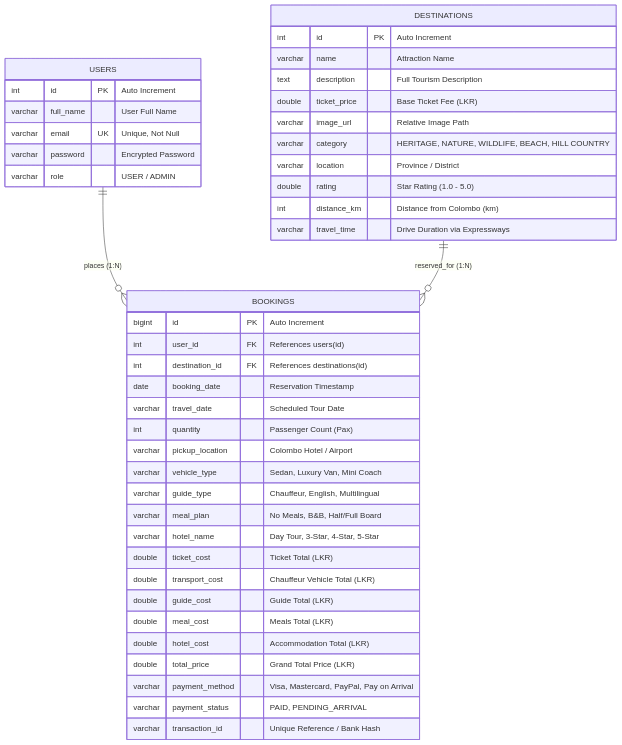
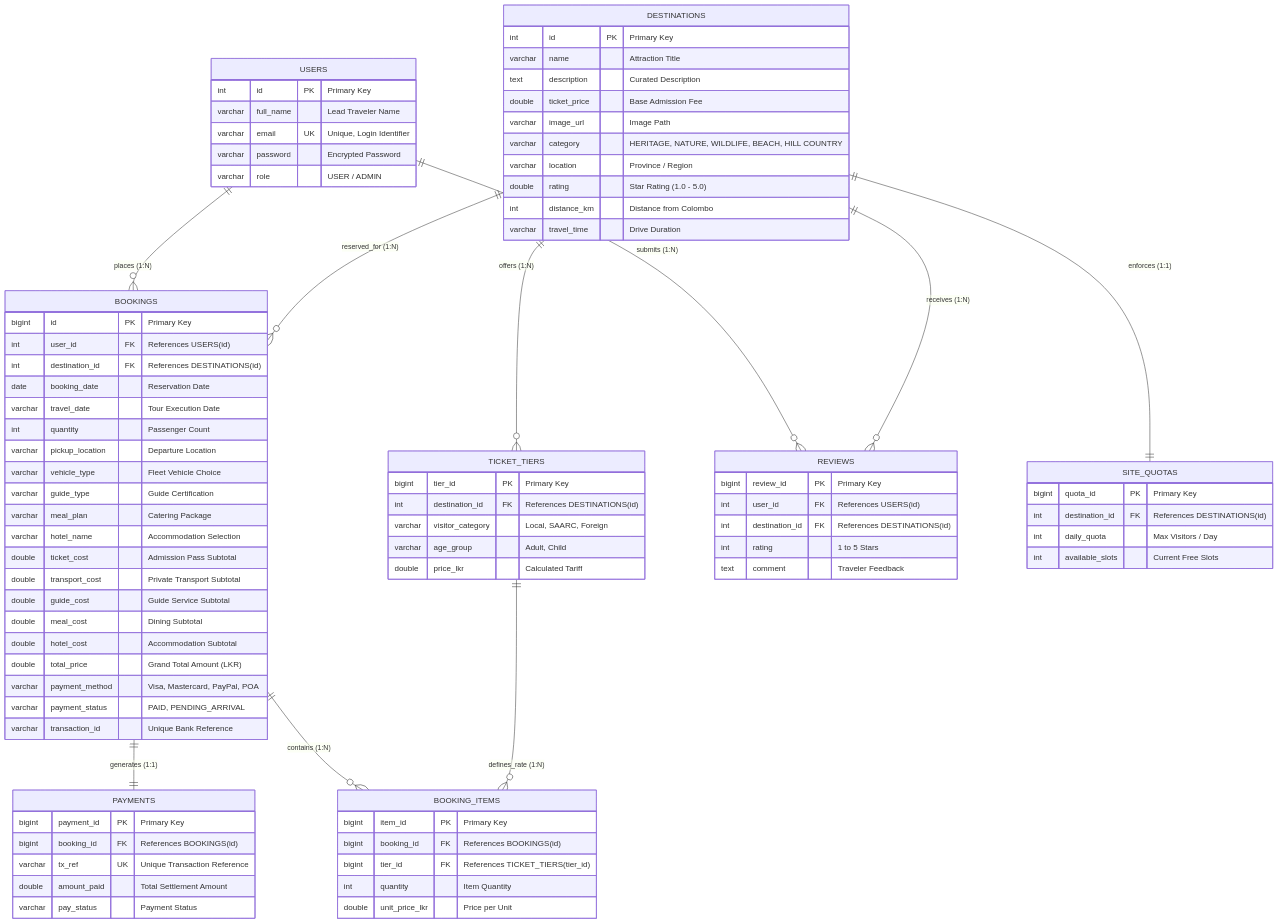
Before and after one commit to ishanichathurika298-byte/LankaScape-Tourism-Project: the diagram in README.md, drawn with Mermaid. The commit also changed other lines of this file, not shown here.

Commit message:
Add complete 8-table ER diagram blueprint and detailed schema tables to README

````diff
--- a/README.md
+++ b/README.md
@@ -97,48 +147,94 @@
 erDiagram
     USERS ||--o{ BOOKINGS : "places (1:N)"
     DESTINATIONS ||--o{ BOOKINGS : "reserved_for (1:N)"
+    BOOKINGS ||--|| PAYMENTS : "generates (1:1)"
+    BOOKINGS ||--o{ BOOKING_ITEMS : "contains (1:N)"
+    TICKET_TIERS ||--o{ BOOKING_ITEMS : "defines_rate (1:N)"
+    DESTINATIONS ||--o{ TICKET_TIERS : "offers (1:N)"
+    USERS ||--o{ REVIEWS : "submits (1:N)"
+    DESTINATIONS ||--o{ REVIEWS : "receives (1:N)"
+    DESTINATIONS ||--|| SITE_QUOTAS : "enforces (1:1)"
 
     USERS {
-        int id PK "Auto Increment"
-        varchar full_name "User Full Name"
-        varchar email UK "Unique, Not Null"
+        int id PK "Primary Key"
+        varchar full_name "Lead Traveler Name"
+        varchar email UK "Unique, Login Identifier"
         varchar password "Encrypted Password"
         varchar role "USER / ADMIN"
     }
 
     DESTINATIONS {
-        int id PK "Auto Increment"
-        varchar name "Attraction Name"
-        text description "Full Tourism Description"
-        double ticket_price "Base Ticket Fee (LKR)"
-        varchar image_url "Relative Image Path"
+        int id PK "Primary Key"
+        varchar name "Attraction Title"
+        text description "Curated Description"
+        double ticket_price "Base Admission Fee"
+        varchar image_url "Image Path"
         varchar category "HERITAGE, NATURE, WILDLIFE, BEACH, HILL COUNTRY"
-        varchar location "Province / District"
+        varchar location "Province / Region"
         double rating "Star Rating (1.0 - 5.0)"
-        int distance_km "Distance from Colombo (km)"
-        varchar travel_time "Drive Duration via Expressways"
+        int distance_km "Distance from Colombo"
+        varchar travel_time "Drive Duration"
     }
 
     BOOKINGS {
-        bigint id PK "Auto Increment"
-        int user_id FK "References users(id)"
-        int destination_id FK "References destinations(id)"
-        date booking_date "Reservation Timestamp"
-        varchar travel_date "Scheduled Tour Date"
-        int quantity "Passenger Count (Pax)"
-        varchar pickup_location "Colombo Hotel / Airport"
-        varchar vehicle_type "Sedan, Luxury Van, Mini Coach"
-        varchar guide_type "Chauffeur, English, Multilingual"
-        varchar meal_plan "No Meals, B&B, Half/Full Board"
-        varchar hotel_name "Day Tour, 3-Star, 4-Star, 5-Star"
-        double ticket_cost "Ticket Total (LKR)"
-        double transport_cost "Chauffeur Vehicle Total (LKR)"
-        double guide_cost "Guide Total (LKR)"
-        double meal_cost "Meals Total (LKR)"
-        double hotel_cost "Accommodation Total (LKR)"
-        double total_price "Grand Total Price (LKR)"
-        varchar payment_method "Visa, Mastercard, PayPal, Pay on Arrival"
+        bigint id PK "Primary Key"
+        int user_id FK "References USERS(id)"
+        int destination_id FK "References DESTINATIONS(id)"
+        date booking_date "Reservation Date"
+        varchar travel_date "Tour Execution Date"
+        int quantity "Passenger Count"
+        varchar pickup_location "Departure Location"
+        varchar vehicle_type "Fleet Vehicle Choice"
+        varchar guide_type "Guide Certification"
+        varchar meal_plan "Catering Package"
+        varchar hotel_name "Accommodation Selection"
+        double ticket_cost "Admission Pass Subtotal"
+        double transport_cost "Private Transport Subtotal"
+        double guide_cost "Guide Service Subtotal"
+        double meal_cost "Dining Subtotal"
+        double hotel_cost "Accommodation Subtotal"
+        double total_price "Grand Total Amount (LKR)"
+        varchar payment_method "Visa, Mastercard, PayPal, POA"
         varchar payment_status "PAID, PENDING_ARRIVAL"
-        varchar transaction_id "Unique Reference / Bank Hash"
+        varchar transaction_id "Unique Bank Reference"
+    }
+
+    PAYMENTS {
+        bigint payment_id PK "Primary Key"
+        bigint booking_id FK "References BOOKINGS(id)"
+        varchar tx_ref UK "Unique Transaction Reference"
+        double amount_paid "Total Settlement Amount"
+        varchar pay_status "Payment Status"
+    }
+
+    BOOKING_ITEMS {
+        bigint item_id PK "Primary Key"
+        bigint booking_id FK "References BOOKINGS(id)"
+        bigint tier_id FK "References TICKET_TIERS(tier_id)"
+        int quantity "Item Quantity"
+        double unit_price_lkr "Price per Unit"
+    }
+
+    TICKET_TIERS {
+        bigint tier_id PK "Primary Key"
+        int destination_id FK "References DESTINATIONS(id)"
+        varchar visitor_category "Local, SAARC, Foreign"
+        varchar age_group "Adult, Child"
+        double price_lkr "Calculated Tariff"
+    }
+
+    REVIEWS {
+        bigint review_id PK "Primary Key"
+        int user_id FK "References USERS(id)"
+        int destination_id FK "References DESTINATIONS(id)"
+        int rating "1 to 5 Stars"
+        text comment "Traveler Feedback"
+    }
+
+    SITE_QUOTAS {
+        bigint quota_id PK "Primary Key"
+        int destination_id FK "References DESTINATIONS(id)"
+        int daily_quota "Max Visitors / Day"
+        int available_slots "Current Free Slots"
     }
 ```
````
